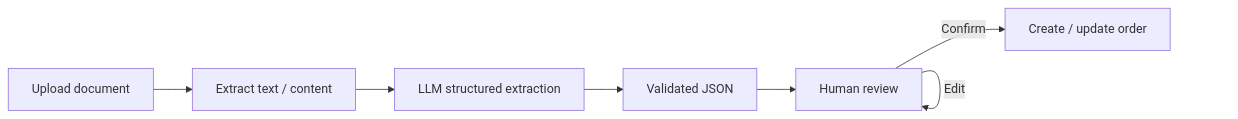
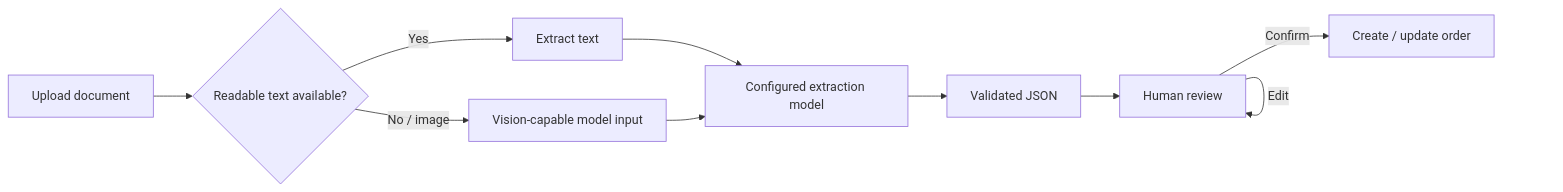
One commit to wong001110/sejukops-assessment changed the eighth of 9 diagrams in README.md. Above: the diagram before and after it, drawn with Mermaid. The commit also changed other lines of this file, not shown here.

Commit message:
docs: refine portal and AI provider architecture

````diff
--- a/README.md
+++ b/README.md
@@ -250,9 +390,12 @@
 ```mermaid
 flowchart LR
-    D[Upload document] --> E[Extract text / content]
-    E --> L[LLM structured extraction]
+    D[Upload document] --> T{Readable text available?}
+    T -->|Yes| E[Extract text]
+    T -->|No / image| V[Vision-capable model input]
+    E --> L[Configured extraction model]
+    V --> L
     L --> J[Validated JSON]
     J --> H[Human review]
     H -->|Confirm| O[Create / update order]
     H -->|Edit| H
 ```
````
